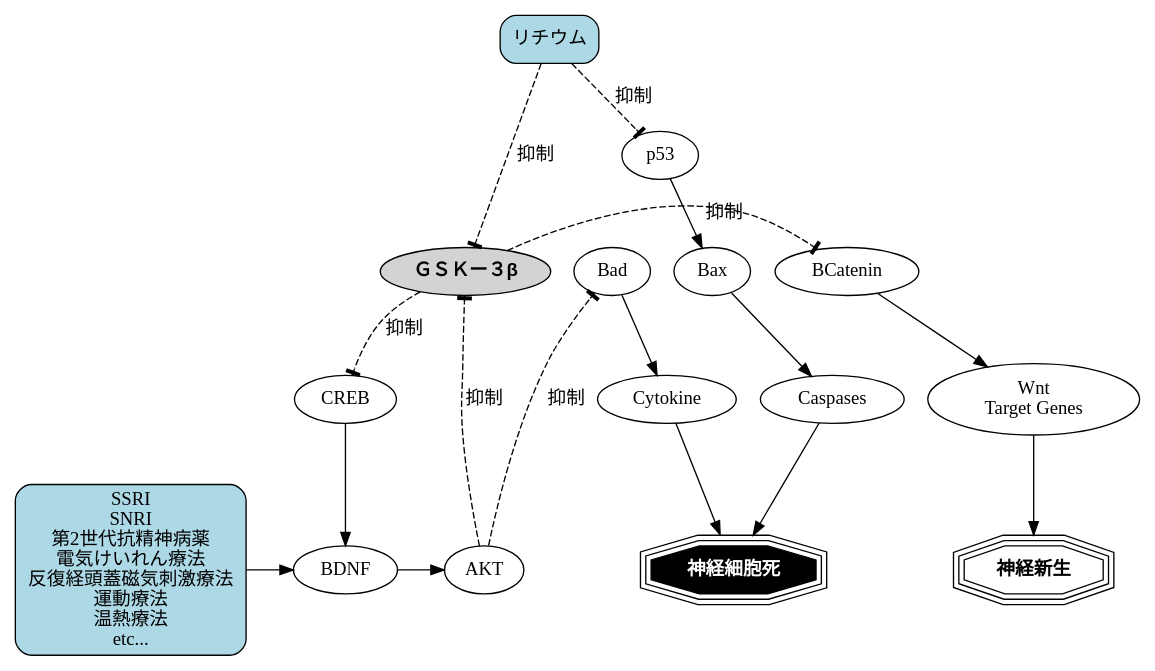
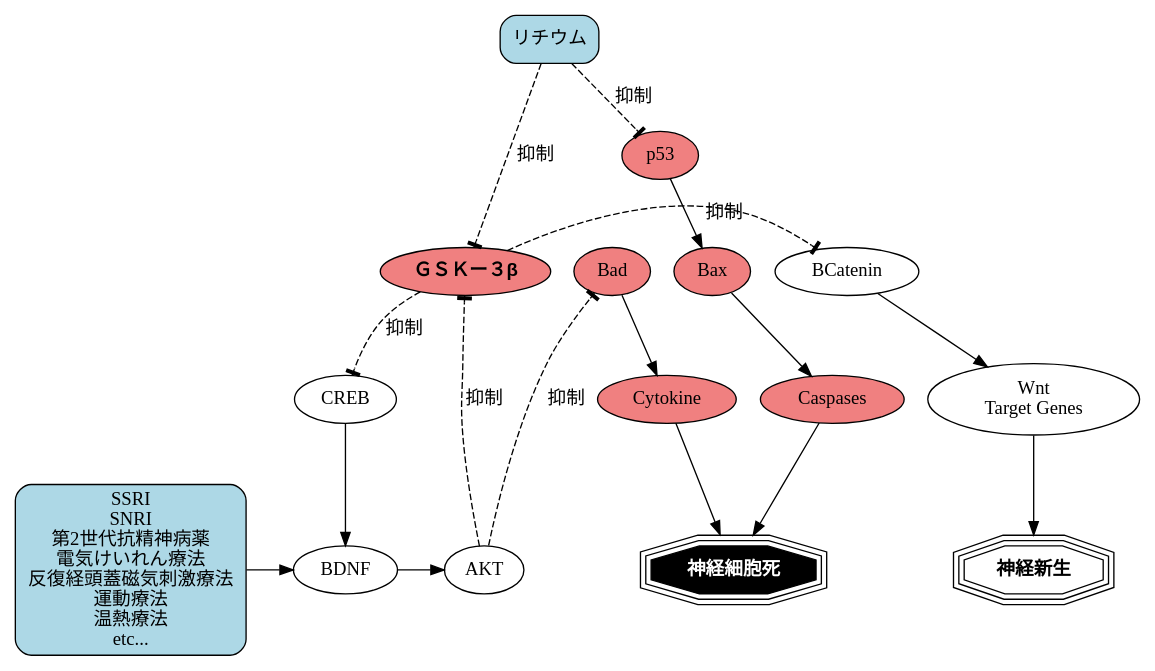
Before and after one commit to mitsugu/likebar: the diagram in 202503/fig2025031801.dot, drawn with Graphviz. The commit also changed 6 other files, not shown here.

```diff
--- a/202503/fig2025031801.dot
+++ b/202503/fig2025031801.dot
@@ -1,49 +1,49 @@
 digraph GSK {
 	//GSK3B[label="ＧＳＫー３β\n(不活化したい)", fillcolor="lightgray", style="filled", fontcolor=black, fontname="Helvetica-Bold"];
-	GSK3B[label="ＧＳＫー３β", fillcolor="lightgray", style="filled", fontcolor=black, fontname="Helvetica-Bold"];
+	GSK3B[label="ＧＳＫー３β", fillcolor="lightcoral", style="filled", fontcolor=black, fontname="Helvetica-Bold"];
 	CREB;
 	BDNF;
 	AKT;
 	{rank=max; AKT;}
 
 	BCatenin;
 	{rank=same; GSK3B; BCatenin;}
 
 	Wnt [label="Wnt\nTarget Genes"]
 	BCatenin -> Wnt;
 	Neurogenesis [label="神経新生", shape=tripleoctagon, fontname="Helvetica-Bold"];
 	Wnt -> Neurogenesis;
 
-	Bad;
-	Cytokine;
+	Bad[fillcolor="lightcoral", style="filled", fontcolor=black];
+	Cytokine[fillcolor="lightcoral", style="filled", fontcolor=black];
 
 	Li [label="リチウム", shape=box,fillcolor=lightblue, style="filled, rounded"];
 	{rank=min; Li;}
 
-	p53;
-	Bax;
-	Caspases;
+	p53[fillcolor="lightcoral", style="filled", fontcolor=black];
+	Bax[fillcolor="lightcoral", style="filled", fontcolor=black];
+	Caspases[fillcolor="lightcoral", style="filled", fontcolor=black];
 	Li -> p53 [label=" 抑制", arrowhead=tee, style="dashed"];
 	p53 -> Bax;
 	Bax -> Caspases;
 	Caspases -> Apoptosis;
 
 	SSRI[label="SSRI\nSNRI\n第2世代抗精神病薬\n電気けいれん療法\n反復経頭蓋磁気刺激療法\n運動療法\n温熱療法\netc...", shape=box,fillcolor=lightblue, style="filled, rounded"];
 	//{rank=max; SSRI;}
 	{rank=same; SSRI; BDNF; AKT;}
 	SSRI -> BDNF;
 
 	Apoptosis[label = "神経細胞死", shape=tripleoctagon, fillcolor=black, style="filled" fontcolor=white, fontname="Helvetica-Bold"];
 
 	GSK3B -> CREB [label=" 抑制", arrowhead=tee, style=dashed];
 	CREB -> BDNF;
 	BDNF -> AKT;
 	AKT -> GSK3B [label=" 抑制", arrowhead=tee, style=dashed];
 
 	GSK3B -> BCatenin [label="抑制", arrowhead=tee, style=dashed];
 	AKT -> Bad [label="抑制", arrowhead=tee, style=dashed];
 	Bad -> Cytokine;
 	Cytokine -> Apoptosis;
 
 	Li -> GSK3B [label="抑制", arrowhead=tee, style=dashed];
 }
```
